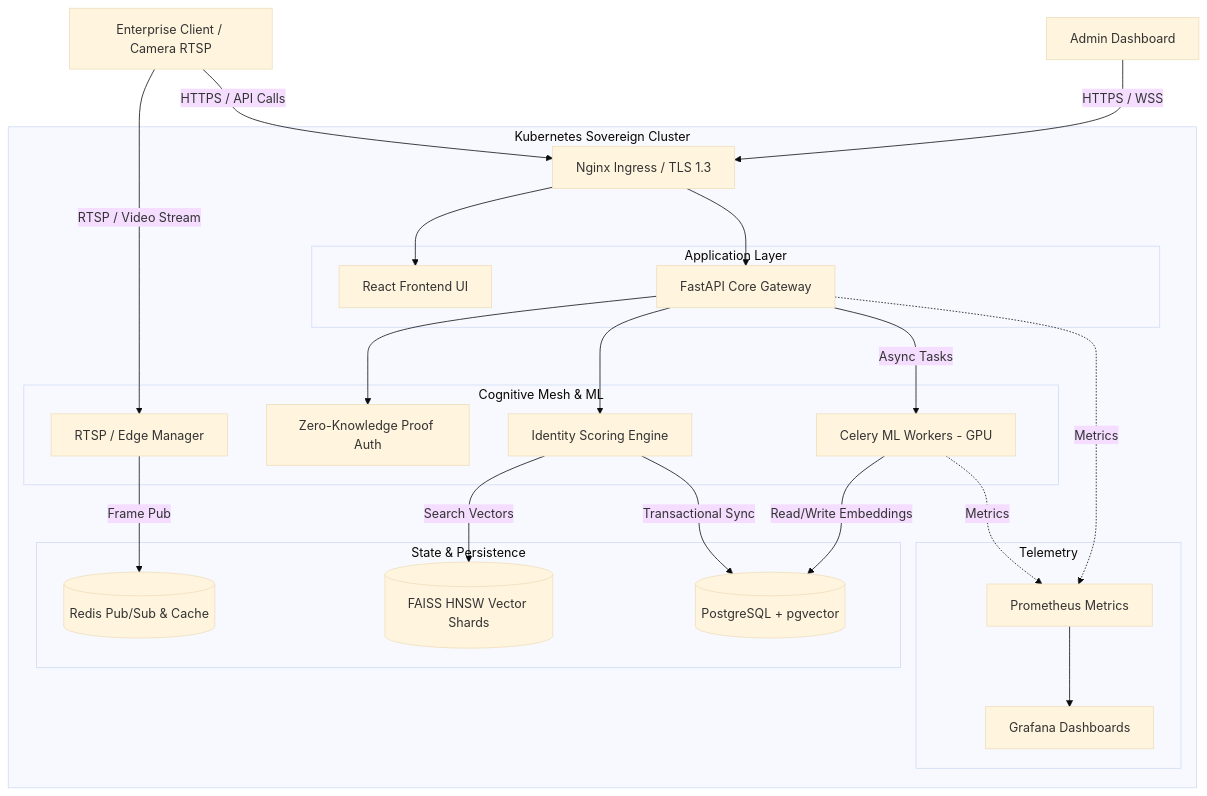
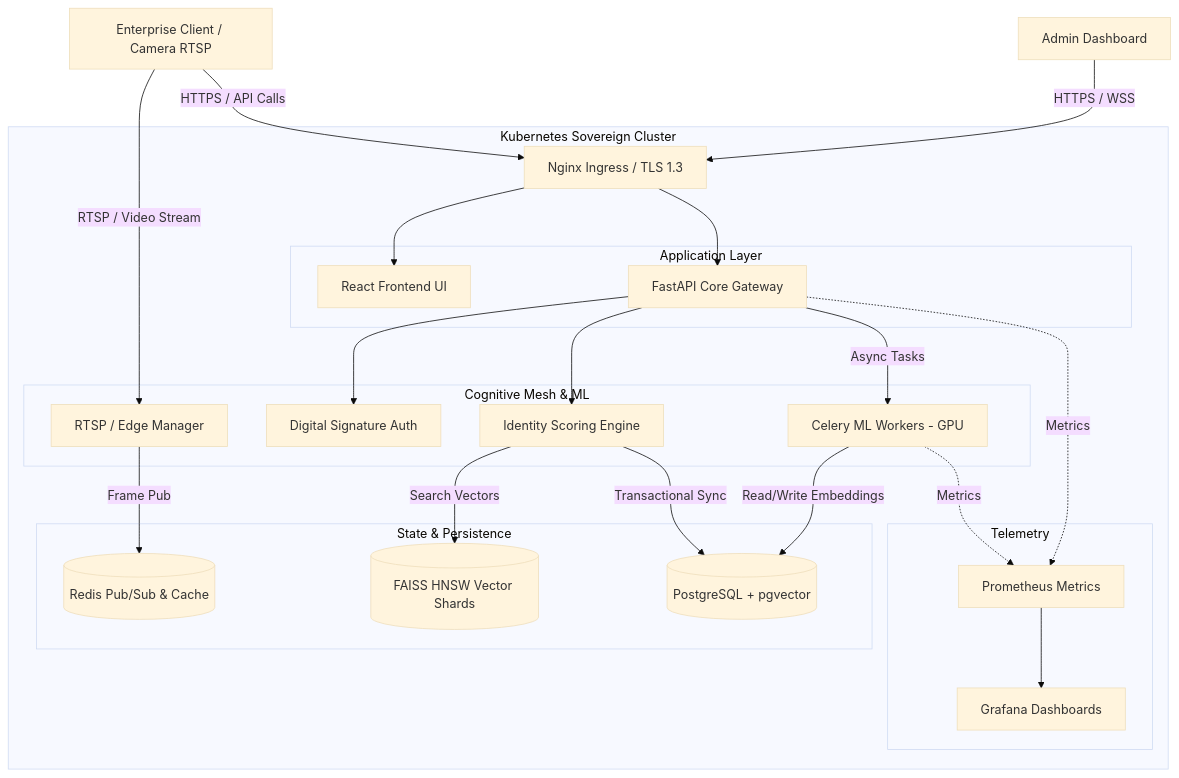
One commit to Blackdrg/AI-f-cybersecurity changed the diagram in docs/sales/architecture_diagram.md. Above: the diagram before and after it, drawn with Mermaid (base theme). The commit also changed 17 other files, not shown here.

````diff
--- a/docs/sales/architecture_diagram.md
+++ b/docs/sales/architecture_diagram.md
@@ -3,59 +3,59 @@
 ```mermaid
 graph TD
     %% External Entities
     Client[Enterprise Client / Camera RTSP]
     Admin[Admin Dashboard]
 
     %% Ingress & API Gateway
     subgraph K8s_Cluster [Kubernetes Sovereign Cluster]
         Ingress[Nginx Ingress / TLS 1.3]
         
         %% Core API Services
         subgraph App_Layer [Application Layer]
             API[FastAPI Core Gateway]
             Web[React Frontend UI]
         end
 
         %% Cognitive Mesh
         subgraph Cognitive_Mesh [Cognitive Mesh & ML]
             EdgeManager[RTSP / Edge Manager]
             Scoring[Identity Scoring Engine]
-            ZKP[Zero-Knowledge Proof Auth]
+            SignatureAuth[Digital Signature Auth]
             Celery[Celery ML Workers - GPU]
         end
 
         %% Data Persistence
         subgraph Data_Layer [State & Persistence]
             Redis[(Redis Pub/Sub & Cache)]
             PG[(PostgreSQL + pgvector)]
             FAISS[(FAISS HNSW Vector Shards)]
         end
 
         %% Observability
         subgraph Observability [Telemetry]
             Prometheus[Prometheus Metrics]
             Grafana[Grafana Dashboards]
         end
     end
 
     %% Flow Connections
     Client -- "RTSP / Video Stream" --> EdgeManager
     Client -- "HTTPS / API Calls" --> Ingress
     Admin -- "HTTPS / WSS" --> Ingress
     
     Ingress --> Web
     Ingress --> API
 
-    API --> ZKP
+    API --> SignatureAuth
     API --> Scoring
     API -- "Async Tasks" --> Celery
 
     EdgeManager -- "Frame Pub" --> Redis
     Scoring -- "Search Vectors" --> FAISS
     Scoring -- "Transactional Sync" --> PG
     Celery -- "Read/Write Embeddings" --> PG
 
     API -. "Metrics" .-> Prometheus
     Celery -. "Metrics" .-> Prometheus
     Prometheus --> Grafana
 ```
````
